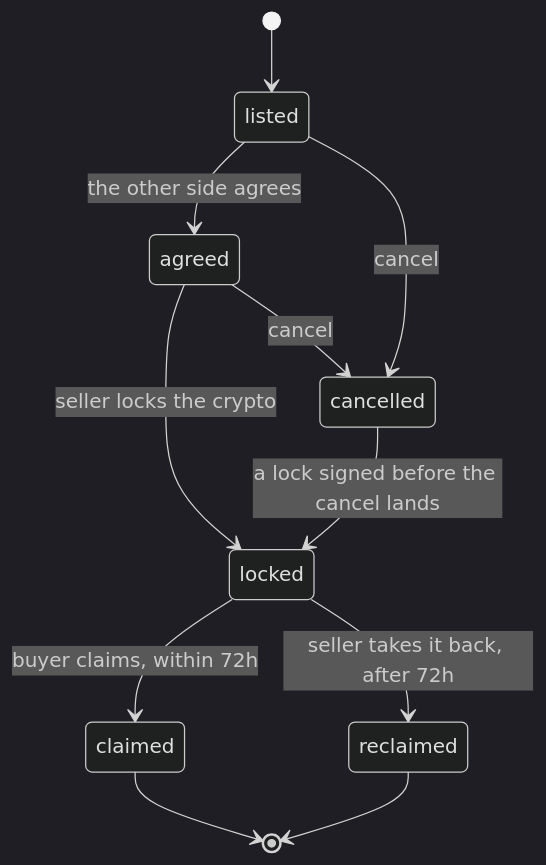
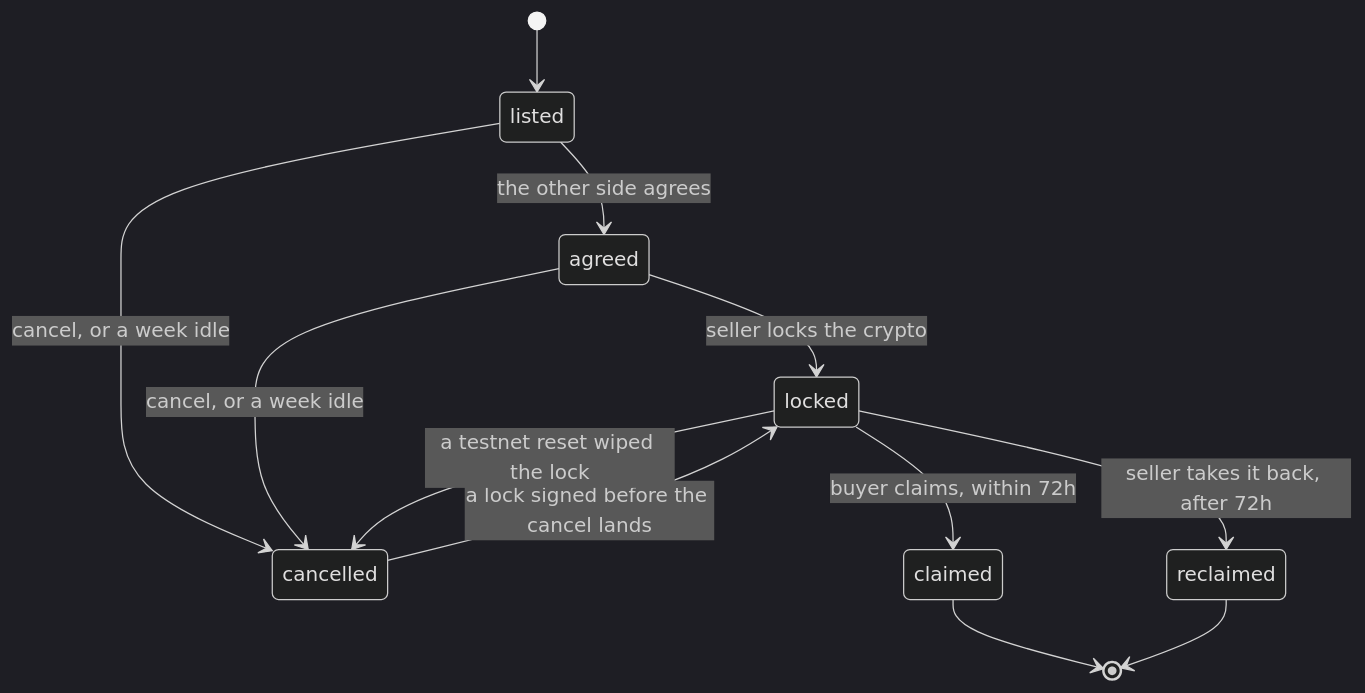
One commit to omeralpi/pairy changed the second of 2 diagrams in README.md. Above: the diagram before and after it, drawn with Mermaid (dark theme). The commit also changed other lines of this file and 7 other files, not shown here.

First line of the commit message:
docs: explain the SOW, idle and reset paths, and how to report issues

````diff
--- a/README.md
+++ b/README.md
@@ -116,13 +116,14 @@
 ```mermaid
 stateDiagram-v2
     [*] --> listed
     listed --> agreed: the other side agrees
-    listed --> cancelled: cancel
+    listed --> cancelled: cancel, or a week idle
     agreed --> locked: seller locks the crypto
-    agreed --> cancelled: cancel
+    agreed --> cancelled: cancel, or a week idle
     cancelled --> locked: a lock signed before the cancel lands
     locked --> claimed: buyer claims, within 72h
     locked --> reclaimed: seller takes it back, after 72h
+    locked --> cancelled: a testnet reset wiped the lock
     claimed --> [*]
     reclaimed --> [*]
 ```
````
